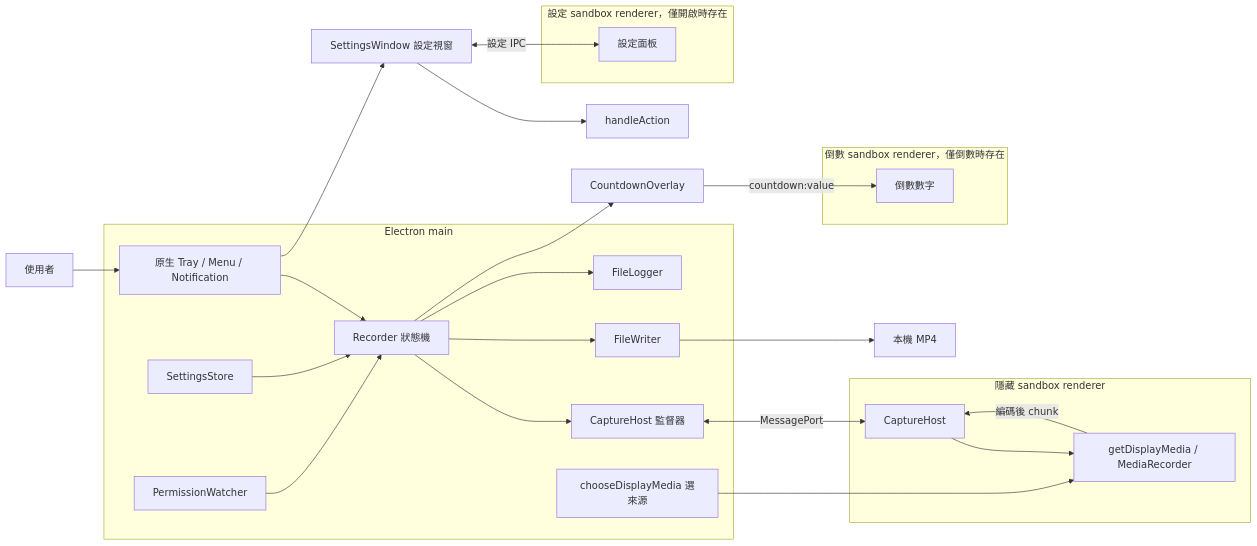
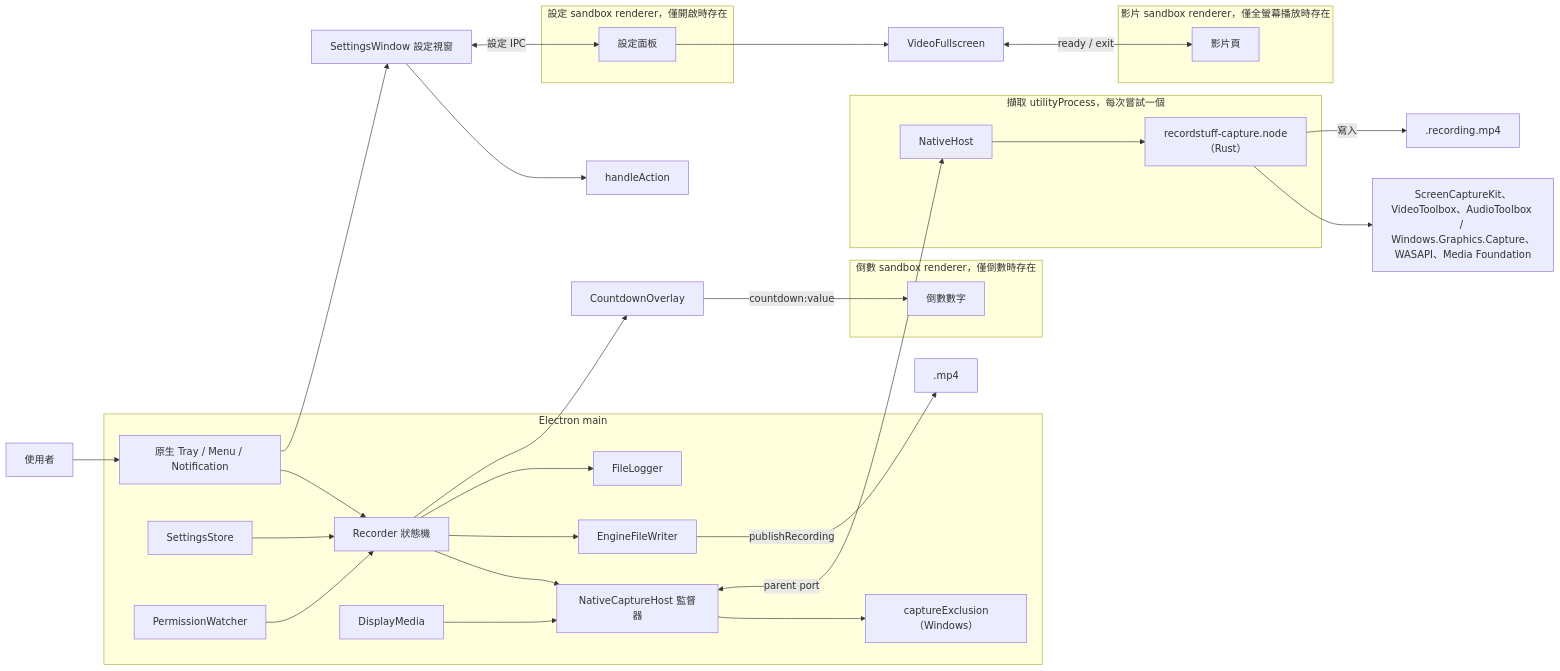
The diagram in docs/zh-TW/system-design/architecture.md (EricTsai83/recordstuff), drawn with Mermaid before and after one commit. The commit also changed other lines of this file and 51 other files, not shown here.

First line of the commit message:
docs: document the native engine and close plan 076

````diff
--- a/docs/zh-TW/system-design/architecture.md
+++ b/docs/zh-TW/system-design/architecture.md
@@ -13,31 +11,37 @@
 ```mermaid
 flowchart LR
     User[使用者] --> Tray[原生 Tray / Menu / Notification]
     subgraph Main[Electron main]
       Tray --> Recorder[Recorder 狀態機]
       Settings[SettingsStore] --> Recorder
       Permission[PermissionWatcher] --> Recorder
-      Recorder --> Supervisor[CaptureHost 監督器]
-      Recorder --> Writer[FileWriter]
+      Recorder --> Supervisor[NativeCaptureHost 監督器]
+      Recorder --> Writer[EngineFileWriter]
       Recorder --> Log[FileLogger]
-      Select[chooseDisplayMedia 選來源]
+      Display[DisplayMedia] --> Supervisor
+      Supervisor --> Exclusion["captureExclusion（Windows）"]
     end
     Tray --> Panel[SettingsWindow 設定視窗]
     Panel --> Action[handleAction]
-    Supervisor <-->|MessagePort| Host
-    subgraph Renderer[隱藏 sandbox renderer]
-      Host[CaptureHost] --> Media[getDisplayMedia / MediaRecorder]
+    Supervisor <-->|parent port| Host
+    subgraph Capture["擷取 utilityProcess，每次嘗試一個"]
+      Host[NativeHost] --> Engine["recordstuff-capture.node（Rust）"]
     end
+    Engine --> OS["ScreenCaptureKit、VideoToolbox、AudioToolbox / Windows.Graphics.Capture、WASAPI、Media Foundation"]
+    Engine -->|寫入| Temp[".recording.mp4"]
+    Writer -->|publishRecording| Final[".mp4"]
     subgraph PanelRenderer[設定 sandbox renderer，僅開啟時存在]
       Page[設定面板]
     end
     Panel <-->|設定 IPC| Page
     Recorder --> Overlay[CountdownOverlay]
     subgraph OverlayRenderer[倒數 sandbox renderer，僅倒數時存在]
       Digit[倒數數字]
     end
     Overlay -->|countdown:value| Digit
-    Select --> Media
-    Media -->|編碼後 chunk| Host
-    Writer --> Disk[本機 MP4]
+    Page --> Video[VideoFullscreen]
+    subgraph VideoRenderer[影片 sandbox renderer，僅全螢幕播放時存在]
+      Player[影片頁]
+    end
+    Video <-->|ready / exit| Player
 ```
````
